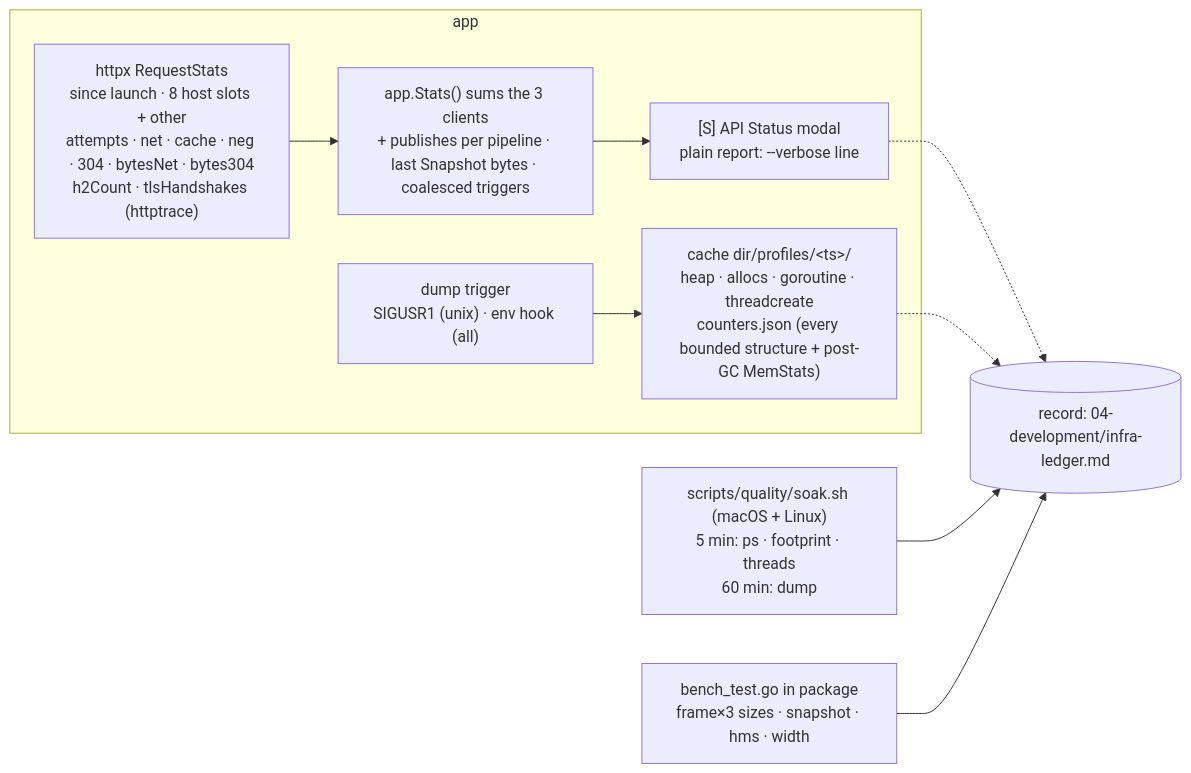
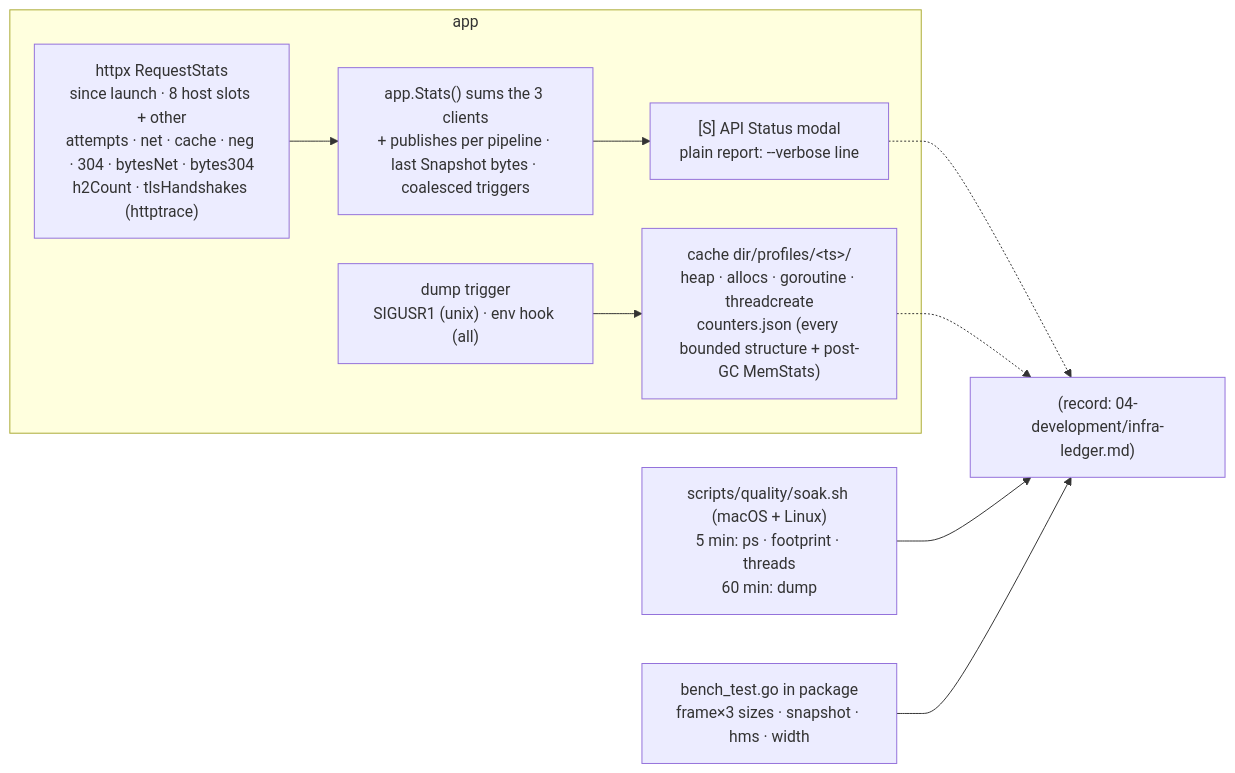
The first of 5 diagrams in 06_docs/02_features/watchpost-performance-quality-pass/03-architecture-design/quality-pass-plan.md (branden-thompson/watchpost), drawn with Mermaid before and after one commit. The commit also changed other lines of this file and 59 other files, not shown here.

````diff
--- a/06_docs/02_features/watchpost-performance-quality-pass/03-architecture-design/quality-pass-plan.md
+++ b/06_docs/02_features/watchpost-performance-quality-pass/03-architecture-design/quality-pass-plan.md
@@ -85,12 +85,12 @@
 ```mermaid
 flowchart LR
   subgraph app
     C["httpx RequestStats<br/>since launch · 8 host slots + other<br/>attempts · net · cache · neg · 304 · bytesNet · bytes304<br/>h2Count · tlsHandshakes (httptrace)"] --> AG["app.Stats() sums the 3 clients<br/>+ publishes per pipeline · last Snapshot bytes · coalesced triggers"]
     AG --> S["[S] API Status modal<br/>plain report: --verbose line"]
     D["dump trigger<br/>SIGUSR1 (unix) · env hook (all)"] --> P["cache dir/profiles/&lt;ts&gt;/<br/>heap · allocs · goroutine · threadcreate<br/>counters.json (every bounded structure + post-GC MemStats)"]
   end
-  S -.-> R[(record: 04-development/infra-ledger.md)]
+  S -.-> R["(record: 04-development/infra-ledger.md)"]
   P -.-> R
   H["scripts/quality/soak.sh (macOS + Linux)<br/>5 min: ps · footprint · threads<br/>60 min: dump"] --> R
   B["bench_test.go in package<br/>frame×3 sizes · snapshot · hms · width"] --> R
 ```
````
